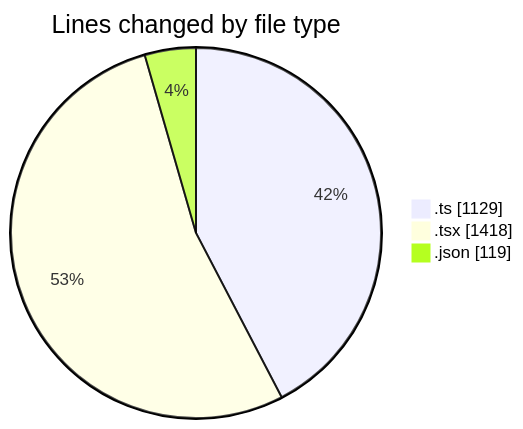
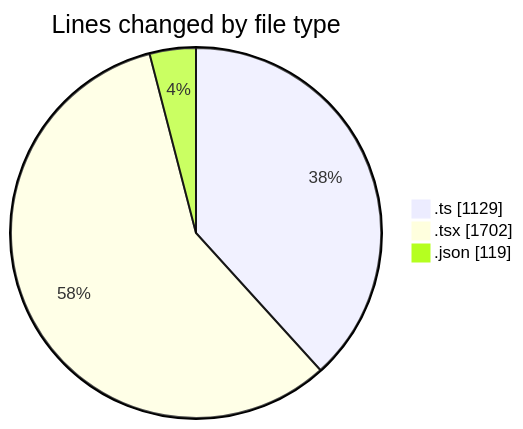
One commit to julien-gomy/code-tracking changed the first of 2 diagrams in 2025-11-10/eventscop-frontend-guide__workspace_/README.md. Above: the diagram before and after it, drawn with Mermaid. The commit also changed other lines of this file and 1 other file, not shown here.

````diff
--- a/2025-11-10/eventscop-frontend-guide__workspace_/README.md
+++ b/2025-11-10/eventscop-frontend-guide__workspace_/README.md
@@ -42,7 +43,7 @@
 ```mermaid
 pie showData
 title Lines changed by file type
 ".ts" : 1129
-".tsx" : 1418
+".tsx" : 1702
 ".json" : 119
 ```
````
